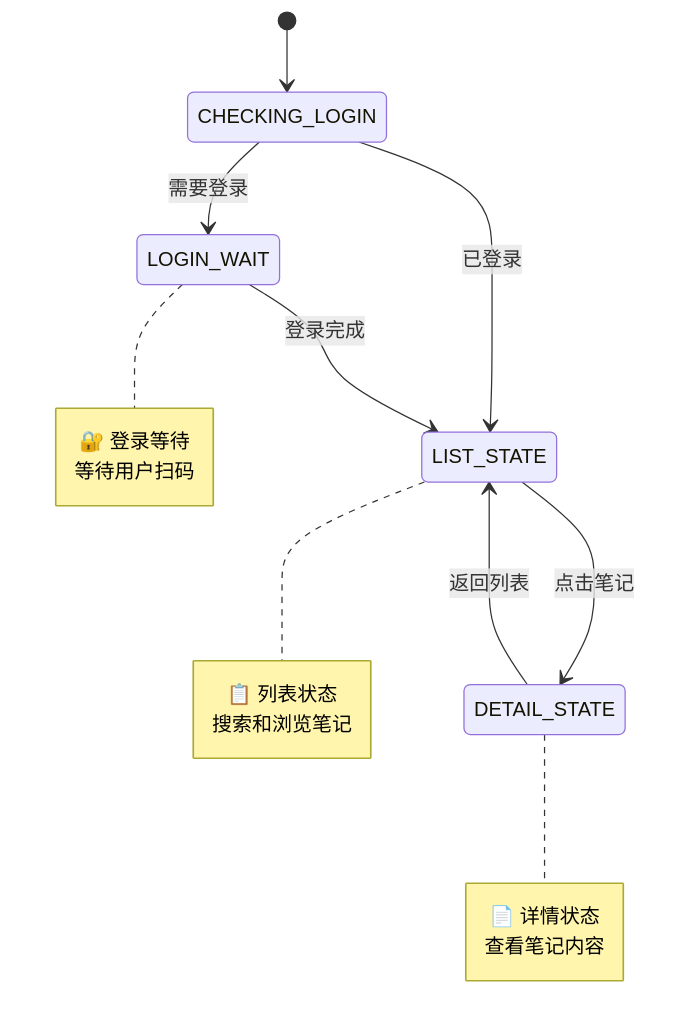
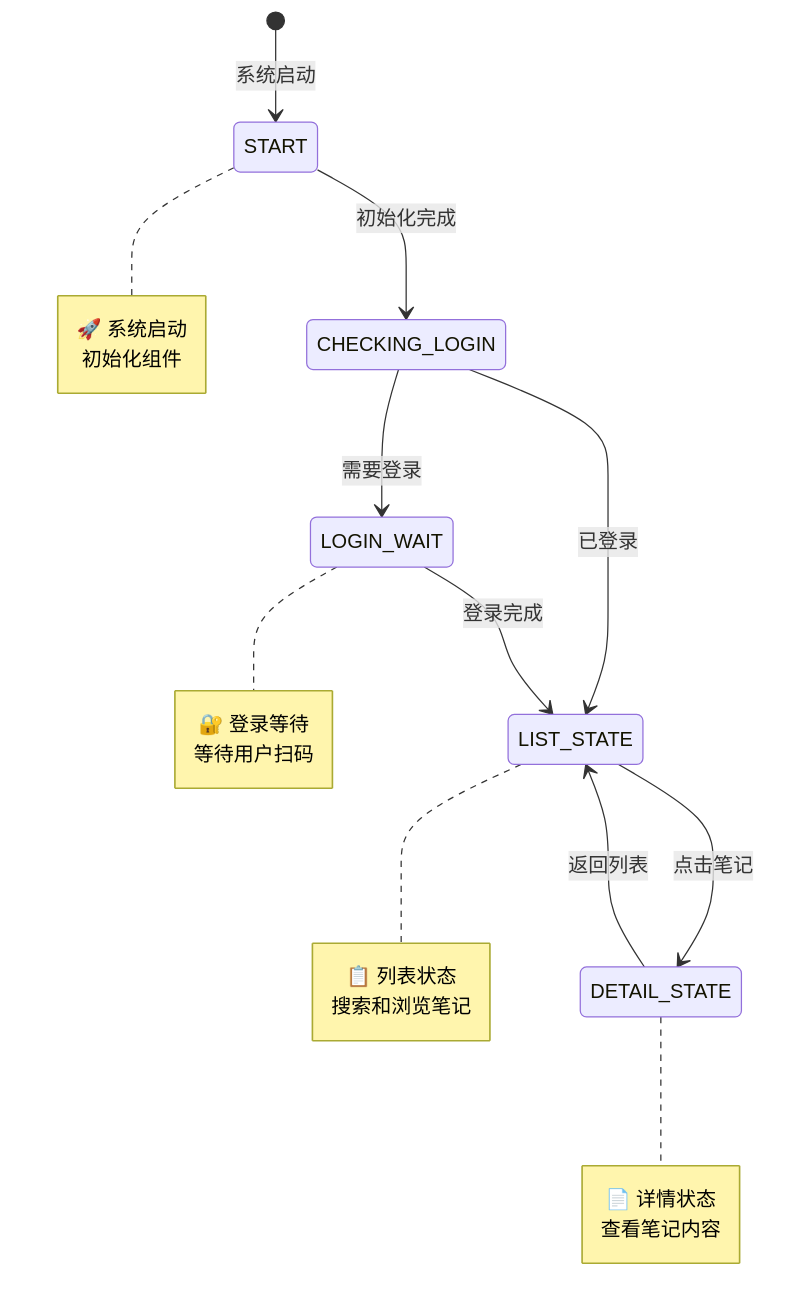
The second of 13 diagrams in docs/021_module_architecture_guide.md (MaogeJing/mao-see-see), drawn with Mermaid before and after one commit. The commit also changed 3 other files, not shown here.

````diff
--- a/docs/021_module_architecture_guide.md
+++ b/docs/021_module_architecture_guide.md
@@ -44,13 +44,15 @@
 ```mermaid
 stateDiagram-v2
-    [*] --> CHECKING_LOGIN
+    [*] --> START : 系统启动
+    START --> CHECKING_LOGIN : 初始化完成
     CHECKING_LOGIN --> LOGIN_WAIT : 需要登录
     CHECKING_LOGIN --> LIST_STATE : 已登录
     LOGIN_WAIT --> LIST_STATE : 登录完成
     LIST_STATE --> DETAIL_STATE : 点击笔记
     DETAIL_STATE --> LIST_STATE : 返回列表
 
+    note right of START : 🚀 系统启动<br/>初始化组件
     note right of LIST_STATE : 📋 列表状态<br/>搜索和浏览笔记
     note right of DETAIL_STATE : 📄 详情状态<br/>查看笔记内容
     note right of LOGIN_WAIT : 🔐 登录等待<br/>等待用户扫码
 ```
````
